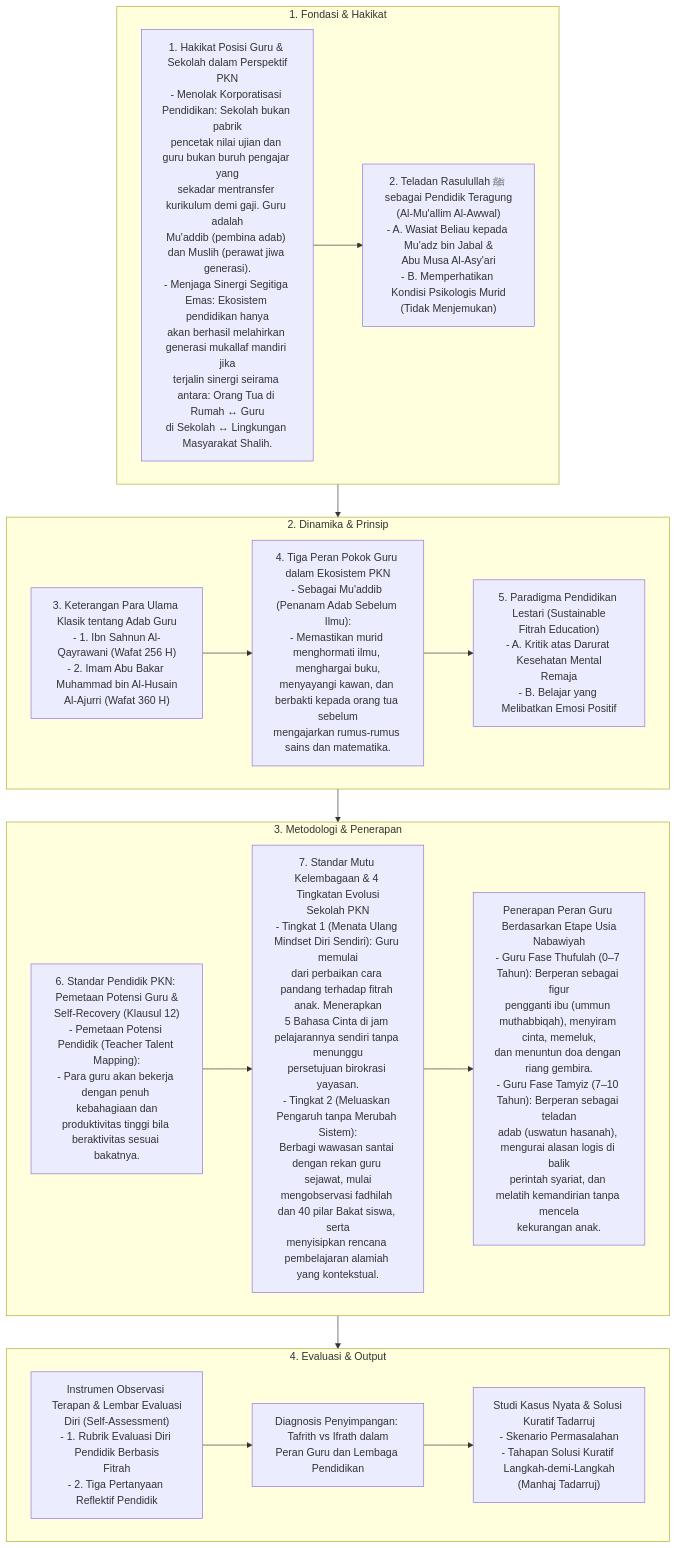
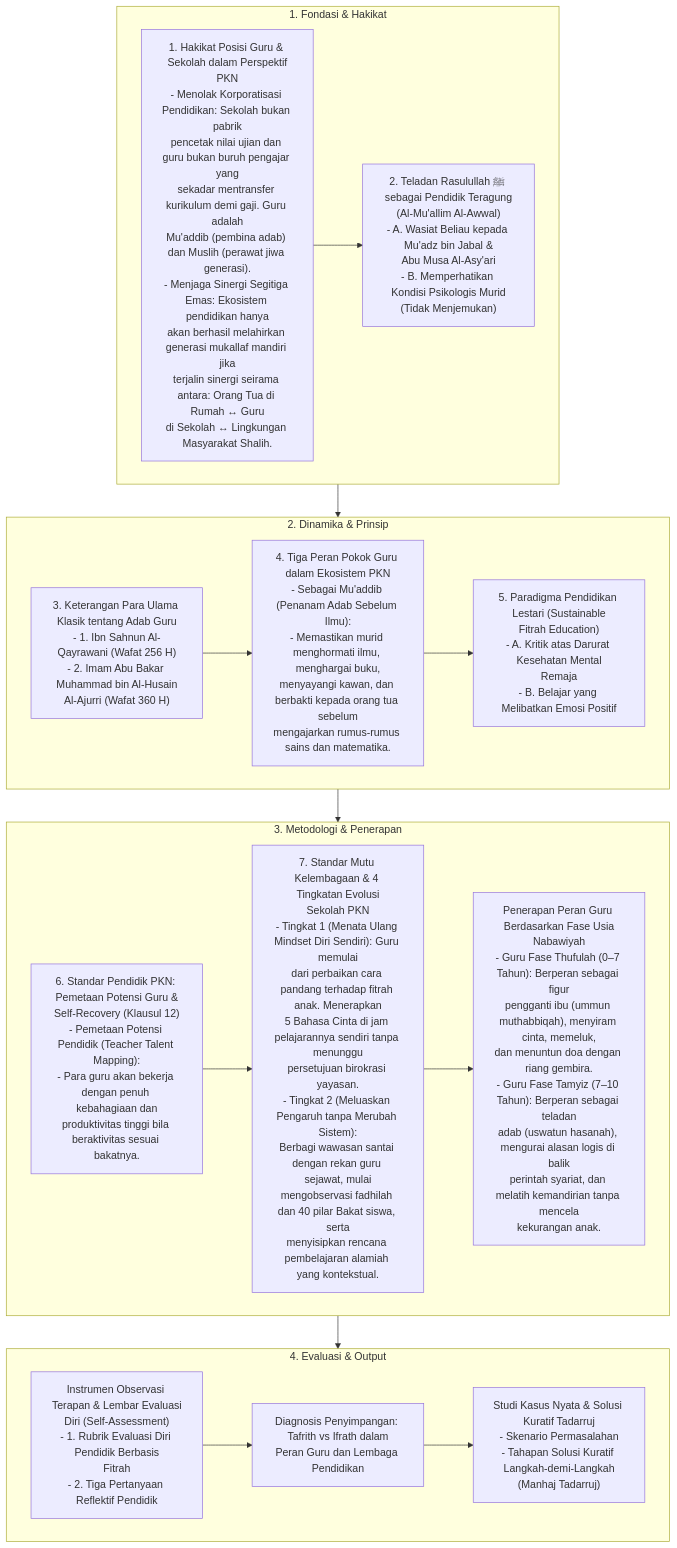
The diagram in content_flow/Dokumen Pendidikan Karakter Nabawiyah/Paradigma & Implementasi/Implementasi/Peran & Tanggung Jawab/Peran Guru dan Lembaga Pendidikan.md (decaller/wiki-pkn), drawn with Mermaid before and after one commit. The commit also changed 410 other files, not shown here.

Commit message:
feat: create master Glosarium and purify terminology across repo (etape -> fase, archetype -> uswah)

````diff
--- a/content_flow/Dokumen Pendidikan Karakter Nabawiyah/Paradigma & Implementasi/Implementasi/Peran & Tanggung Jawab/Peran Guru dan Lembaga Pendidikan.md
+++ b/content_flow/Dokumen Pendidikan Karakter Nabawiyah/Paradigma & Implementasi/Implementasi/Peran & Tanggung Jawab/Peran Guru dan Lembaga Pendidikan.md
@@ -10,36 +10,36 @@
 ```mermaid
 flowchart TD
     subgraph S1["1. Fondasi & Hakikat"]
         N1_1["1. Hakikat Posisi Guru & Sekolah dalam Perspektif<br/>PKN<br/>- Menolak Korporatisasi Pendidikan: Sekolah bukan pabrik<br/>pencetak nilai ujian dan guru bukan buruh pengajar yang<br/>sekadar mentransfer kurikulum demi gaji. Guru adalah<br/>Mu'addib (pembina adab) dan Muslih (perawat jiwa generasi).<br/>- Menjaga Sinergi Segitiga Emas: Ekosistem pendidikan hanya<br/>akan berhasil melahirkan generasi mukallaf mandiri jika<br/>terjalin sinergi seirama antara: Orang Tua di Rumah ↔ Guru<br/>di Sekolah ↔ Lingkungan Masyarakat Shalih."]
         N1_2["2. Teladan Rasulullah ﷺ sebagai Pendidik Teragung<br/>(Al-Mu'allim Al-Awwal)<br/>- A. Wasiat Beliau kepada Mu'adz bin Jabal &<br/>Abu Musa Al-Asy'ari<br/>- B. Memperhatikan Kondisi Psikologis Murid<br/>(Tidak Menjemukan)"]
         N1_1 --> N1_2
     end
 
     subgraph S2["2. Dinamika & Prinsip"]
         N2_1["3. Keterangan Para Ulama Klasik tentang Adab Guru<br/>- 1. Ibn Sahnun Al-Qayrawani (Wafat 256 H)<br/>- 2. Imam Abu Bakar Muhammad bin Al-Husain<br/>Al-Ajurri (Wafat 360 H)"]
         N2_2["4. Tiga Peran Pokok Guru dalam Ekosistem PKN<br/>- Sebagai Mu'addib (Penanam Adab Sebelum Ilmu):<br/>- Memastikan murid menghormati ilmu, menghargai buku,<br/>menyayangi kawan, dan berbakti kepada orang tua sebelum<br/>mengajarkan rumus-rumus sains dan matematika."]
         N2_1 --> N2_2
         N2_3["5. Paradigma Pendidikan Lestari (Sustainable<br/>Fitrah Education)<br/>- A. Kritik atas Darurat Kesehatan Mental<br/>Remaja<br/>- B. Belajar yang Melibatkan Emosi Positif"]
         N2_2 --> N2_3
     end
 
     subgraph S3["3. Metodologi & Penerapan"]
         N3_1["6. Standar Pendidik PKN: Pemetaan Potensi Guru &<br/>Self-Recovery (Klausul 12)<br/>- Pemetaan Potensi Pendidik (Teacher Talent Mapping):<br/>- Para guru akan bekerja dengan penuh kebahagiaan dan<br/>produktivitas tinggi bila beraktivitas sesuai bakatnya."]
         N3_2["7. Standar Mutu Kelembagaan & 4 Tingkatan Evolusi<br/>Sekolah PKN<br/>- Tingkat 1 (Menata Ulang Mindset Diri Sendiri): Guru memulai<br/>dari perbaikan cara pandang terhadap fitrah anak. Menerapkan<br/>5 Bahasa Cinta di jam pelajarannya sendiri tanpa menunggu<br/>persetujuan birokrasi yayasan.<br/>- Tingkat 2 (Meluaskan Pengaruh tanpa Merubah Sistem):<br/>Berbagi wawasan santai dengan rekan guru sejawat, mulai<br/>mengobservasi fadhilah dan 40 pilar Bakat siswa, serta<br/>menyisipkan rencana pembelajaran alamiah yang kontekstual."]
         N3_1 --> N3_2
-        N3_3["Penerapan Peran Guru Berdasarkan Etape Usia<br/>Nabawiyah<br/>- Guru Fase Thufulah (0–7 Tahun): Berperan sebagai figur<br/>pengganti ibu (ummun muthabbiqah), menyiram cinta, memeluk,<br/>dan menuntun doa dengan riang gembira.<br/>- Guru Fase Tamyiz (7–10 Tahun): Berperan sebagai teladan<br/>adab (uswatun hasanah), mengurai alasan logis di balik<br/>perintah syariat, dan melatih kemandirian tanpa mencela<br/>kekurangan anak."]
+        N3_3["Penerapan Peran Guru Berdasarkan Fase Usia<br/>Nabawiyah<br/>- Guru Fase Thufulah (0–7 Tahun): Berperan sebagai figur<br/>pengganti ibu (ummun muthabbiqah), menyiram cinta, memeluk,<br/>dan menuntun doa dengan riang gembira.<br/>- Guru Fase Tamyiz (7–10 Tahun): Berperan sebagai teladan<br/>adab (uswatun hasanah), mengurai alasan logis di balik<br/>perintah syariat, dan melatih kemandirian tanpa mencela<br/>kekurangan anak."]
         N3_2 --> N3_3
     end
 
     subgraph S4["4. Evaluasi & Output"]
         N4_1["Instrumen Observasi Terapan & Lembar Evaluasi<br/>Diri (Self-Assessment)<br/>- 1. Rubrik Evaluasi Diri Pendidik Berbasis<br/>Fitrah<br/>- 2. Tiga Pertanyaan Reflektif Pendidik"]
         N4_2["Diagnosis Penyimpangan: Tafrith vs Ifrath dalam<br/>Peran Guru dan Lembaga Pendidikan"]
         N4_1 --> N4_2
         N4_3["Studi Kasus Nyata & Solusi Kuratif Tadarruj<br/>- Skenario Permasalahan<br/>- Tahapan Solusi Kuratif Langkah-demi-Langkah<br/>(Manhaj Tadarruj)"]
         N4_2 --> N4_3
     end
 
     S1 --> S2
     S2 --> S3
     S3 --> S4
 ```
````
